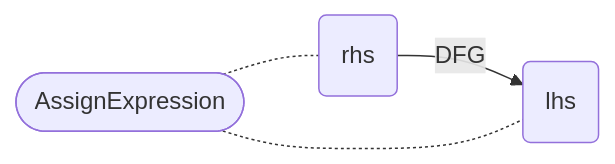
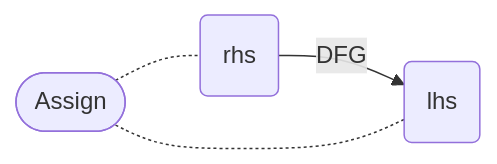
The fourth of 40 diagrams in docs/docs/CPG/specs/dfg.md (Fraunhofer-AISEC/cpg), drawn with Mermaid before and after one commit. The commit also changed other lines of this file and 403 other files, not shown here.

````diff
--- a/docs/docs/CPG/specs/dfg.md
+++ b/docs/docs/CPG/specs/dfg.md
@@ -90,6 +90,6 @@
   ```mermaid
   flowchart LR
-      node([AssignExpression]) -.- rhs(rhs);
+      node([Assign]) -.- rhs(rhs);
         rhs -- DFG --> lhs;
-      node([AssignExpression]) -.- lhs(lhs);
+      node([Assign]) -.- lhs(lhs);
   ```
````
